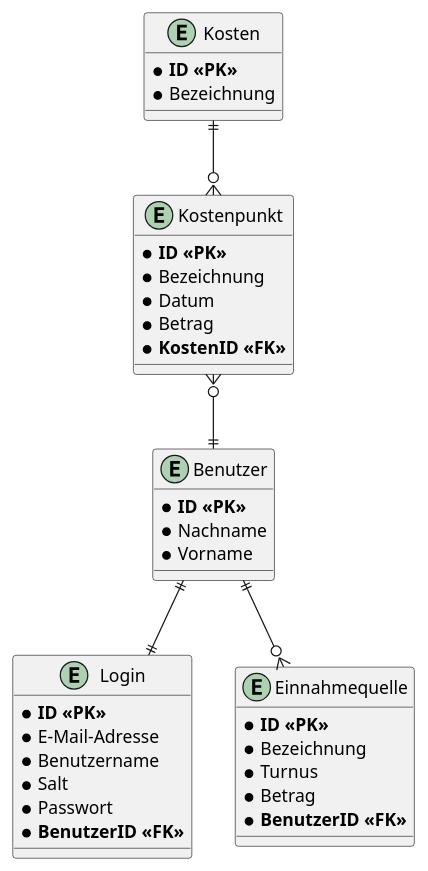
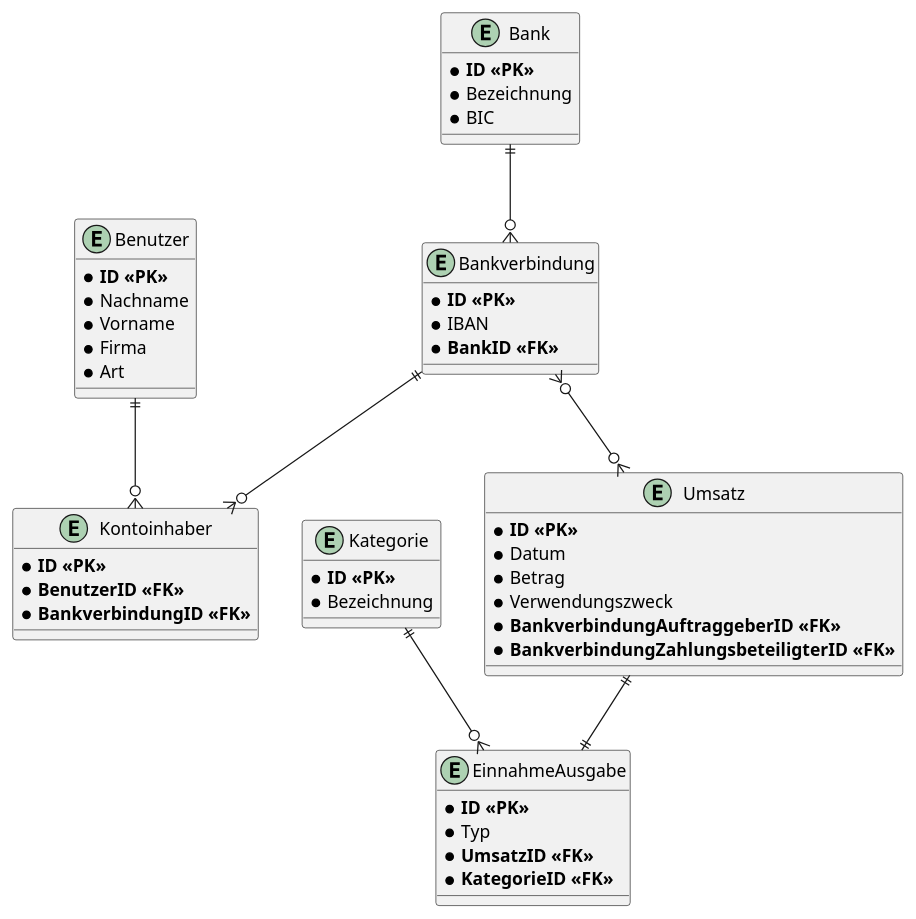
Before and after one commit to justinhada/StatementOfQosts: the diagram in designs/ERM.puml, drawn with PlantUML. The commit also changed 7 other files, not shown here.

```diff
--- a/designs/ERM.puml
+++ b/designs/ERM.puml
@@ -1,47 +1,62 @@
 @startuml
-entity Kostenpunkt
-{
-    * **ID <<PK>>**
-    * Bezeichnung
-    * Datum
-    * Betrag
-    * **KostenID <<FK>>**
-}
-
 entity Benutzer
 {
     * **ID <<PK>>**
     * Nachname
     * Vorname
+    * Firma
+    * Art
 }
 
-entity Login
+entity Bank
 {
     * **ID <<PK>>**
-    * E-Mail-Adresse
-    * Benutzername
-    * Salt
-    * Passwort
-    * **BenutzerID <<FK>>**
+    * Bezeichnung
+    * BIC
 }
 
-entity Kosten
+entity Kontoinhaber
+{
+    * **ID <<PK>>**
+    * **BenutzerID <<FK>>**
+    * **BankverbindungID <<FK>>**
+}
+
+entity Bankverbindung
+{
+    * **ID <<PK>>**
+    * IBAN
+    * **BankID <<FK>>**
+}
+
+entity Umsatz
+{
+    * **ID <<PK>>**
+    * Datum
+    * Betrag
+    * Verwendungszweck
+    * **BankverbindungAuftraggeberID <<FK>>**
+    * **BankverbindungZahlungsbeteiligterID <<FK>>**
+}
+
+entity EinnahmeAusgabe
+{
+    * **ID <<PK>>**
+    * Typ
+    * **UmsatzID <<FK>>**
+    * **KategorieID <<FK>>**
+}
+
+entity Kategorie
 {
     * **ID <<PK>>**
     * Bezeichnung
 }
 
-entity Einnahmequelle
-{
-    * **ID <<PK>>**
-    * Bezeichnung
-    * Turnus
-    * Betrag
-    * **BenutzerID <<FK>>**
-}
-
-Kosten ||--o{ Kostenpunkt
-Kostenpunkt }o--|| Benutzer
-Benutzer ||--o{ Einnahmequelle
-Benutzer ||--|| Login
+Benutzer ||--o{ Kontoinhaber
+Bankverbindung ||--o{ Kontoinhaber
+Bank ||--o{ Bankverbindung
+Bankverbindung }o--o{ Umsatz
+Kategorie ||--o{ EinnahmeAusgabe
+Umsatz ||--|| EinnahmeAusgabe
 @enduml
```
